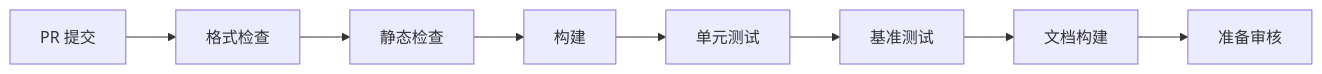
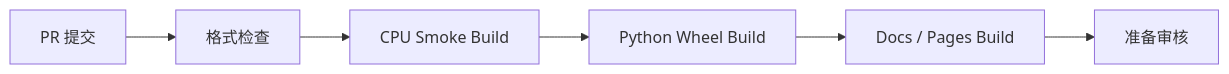
The second of 2 diagrams in docs/zh/whitepaper/methodology.md (LessUp/modern-ai-kernels), drawn with Mermaid before and after one commit. The commit also changed other lines of this file and 48 other files, not shown here.

````diff
--- a/docs/zh/whitepaper/methodology.md
+++ b/docs/zh/whitepaper/methodology.md
@@ -203,10 +190,8 @@
 ```mermaid
 flowchart LR
     PR["PR 提交"] --> FORMAT["格式检查"]
-    FORMAT --> LINT["静态检查"]
-    LINT --> BUILD["构建"]
-    BUILD --> TEST["单元测试"]
-    TEST --> BENCH["基准测试"]
-    BENCH --> DOCS["文档构建"]
-    DOCS --> APPROVE["准备审核"]
+    FORMAT --> SMOKE["CPU Smoke Build"]
+    SMOKE --> WHEEL["Python Wheel Build"]
+    WHEEL --> DOCS["Docs / Pages Build"]
+    DOCS --> REVIEW["准备审核"]
 ```
````
